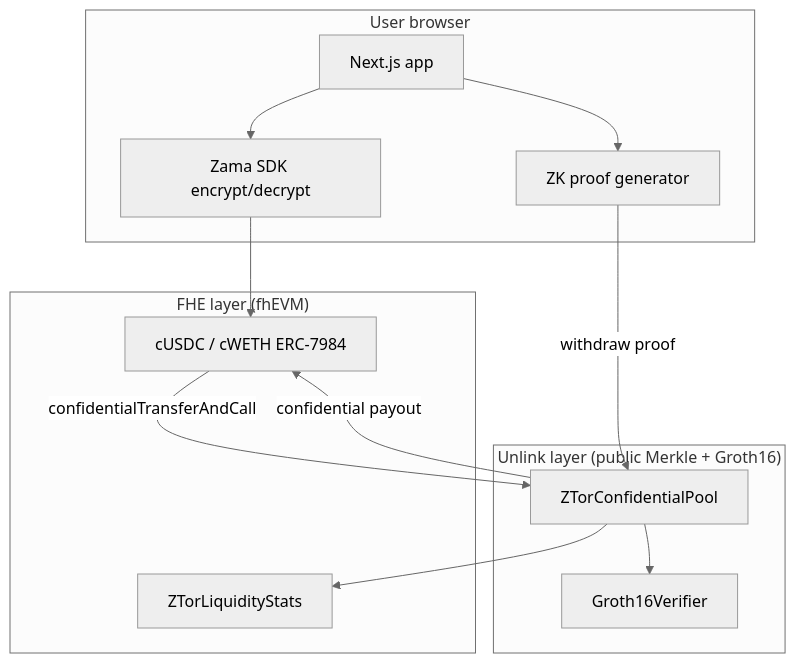
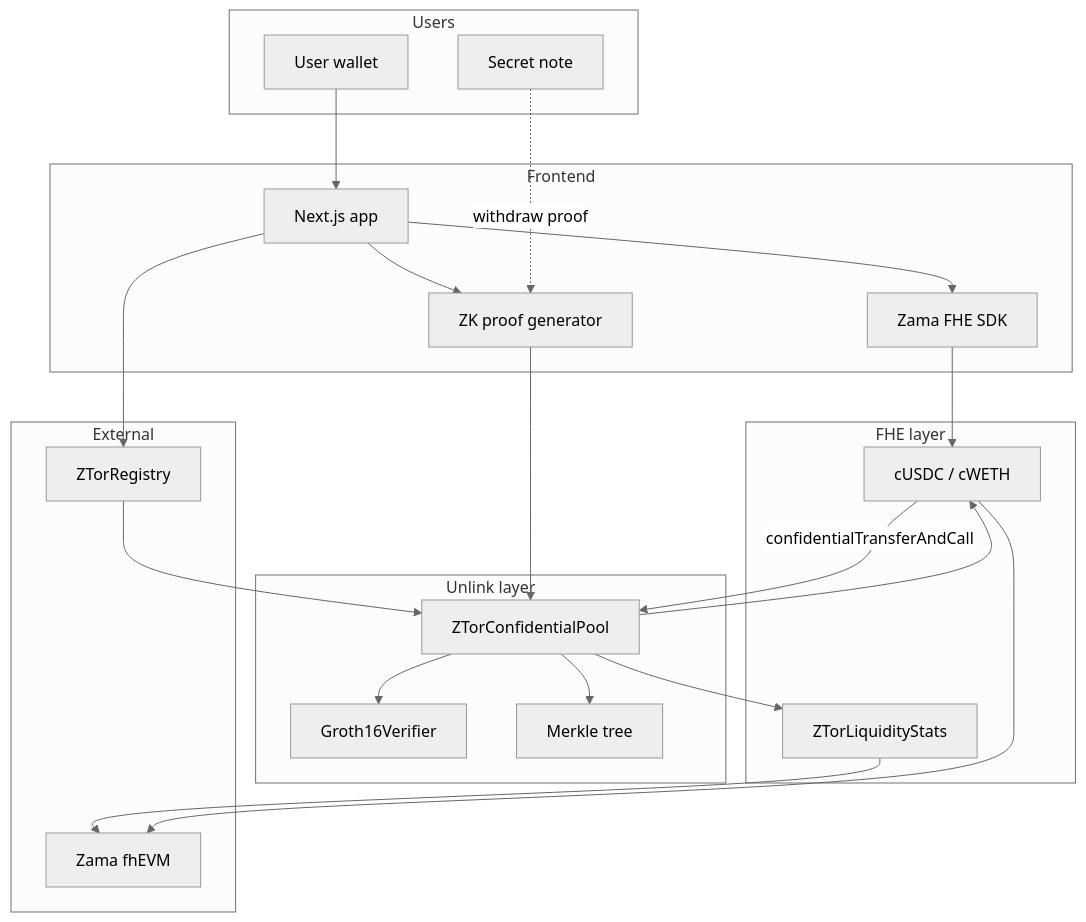
The first of 3 diagrams in README.md (ramakrishnanhulk20/Z-Tor), drawn with Mermaid (neutral theme) before and after one commit. The commit also changed other lines of this file, not shown here.

````diff
--- a/README.md
+++ b/README.md
@@ -58,27 +120,45 @@
 ```mermaid
-flowchart TB
-  subgraph User["User browser"]
-    UI[Next.js app]
-    ZK[ZK proof generator]
-    FHE[Zama SDK encrypt/decrypt]
-  end
+graph TB
+    subgraph Users
+        U[User wallet]
+        N[Secret note]
+    end
 
-  subgraph Unlink["Unlink layer (public Merkle + Groth16)"]
-    Pool[ZTorConfidentialPool]
-    Verifier[Groth16Verifier]
-  end
+    subgraph Frontend
+        APP[Next.js app]
+        ZK[ZK proof generator]
+        SDK[Zama FHE SDK]
+    end
 
-  subgraph FHELayer["FHE layer (fhEVM)"]
-    Stats[ZTorLiquidityStats]
-    cToken[cUSDC / cWETH ERC-7984]
-  end
+    subgraph Unlink["Unlink layer"]
+        POOL[ZTorConfidentialPool]
+        VER[Groth16Verifier]
+        TREE[Merkle tree]
+    end
 
-  UI --> FHE
-  UI --> ZK
-  FHE --> cToken
-  cToken -->|confidentialTransferAndCall| Pool
-  Pool --> Verifier
-  Pool --> Stats
-  ZK -->|withdraw proof| Pool
-  Pool -->|confidential payout| cToken
+    subgraph FHE["FHE layer"]
+        STATS[ZTorLiquidityStats]
+        CTOK[cUSDC / cWETH]
+    end
+
+    subgraph External
+        ZAMA[Zama fhEVM]
+        REG[ZTorRegistry]
+    end
+
+    U --> APP
+    APP --> SDK
+    APP --> ZK
+    APP --> REG
+    REG --> POOL
+    SDK --> CTOK
+    CTOK -->|confidentialTransferAndCall| POOL
+    POOL --> TREE
+    POOL --> VER
+    POOL --> STATS
+    POOL --> CTOK
+    STATS --> ZAMA
+    CTOK --> ZAMA
+    N -.->|withdraw proof| ZK
+    ZK --> POOL
 ```
````
